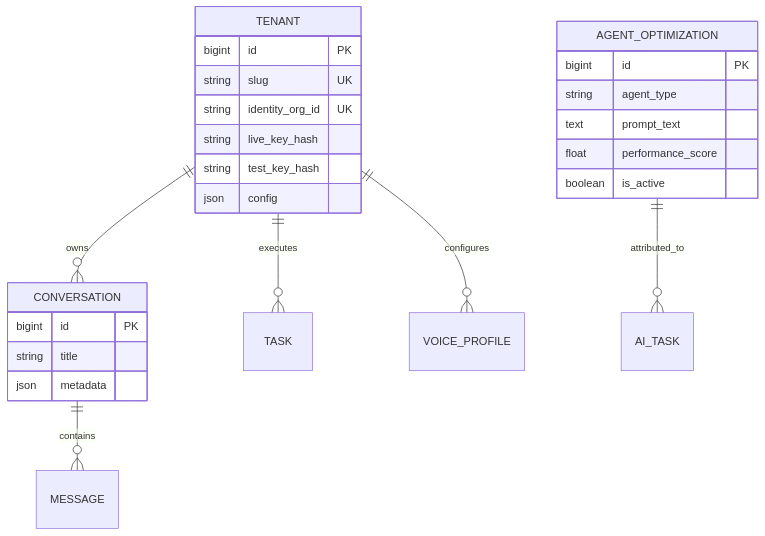
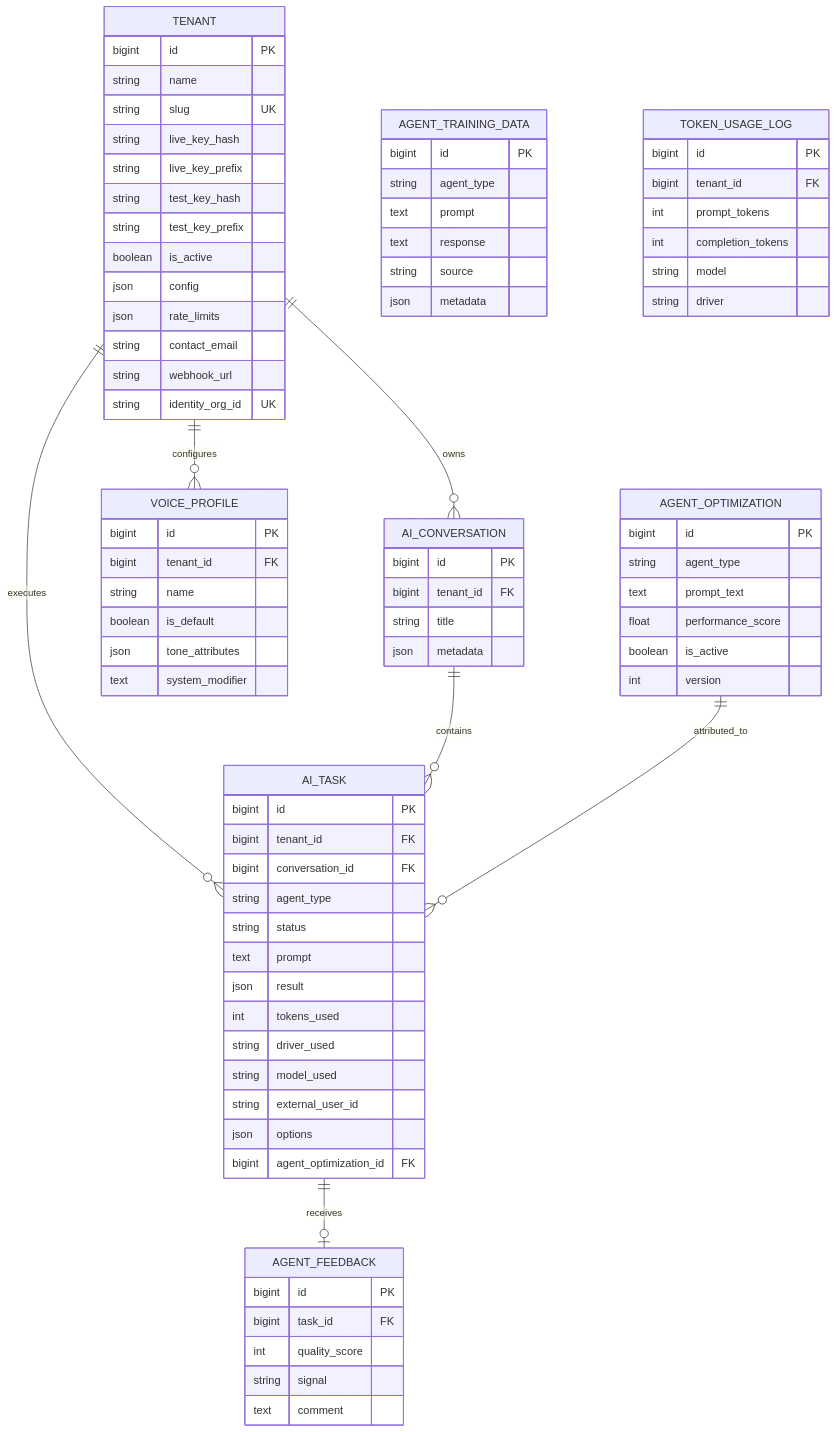
One commit to sutracodehq-ui/sutra-ai-engine changed the second of 6 diagrams in docs/developer_docs.md. Above: the diagram before and after it, drawn with Mermaid. The commit also changed other lines of this file and 13 other files, not shown here.

Commit message:
feat: Add Brand Auditor and Content Repurposer agents, refactor BaseAgent initialization, introduce Click Shield design documentation, and add a voice profile service.

````diff
--- a/docs/developer_docs.md
+++ b/docs/developer_docs.md
@@ -37,22 +111,59 @@
 ```mermaid
 erDiagram
-    TENANT ||--o{ CONVERSATION : owns
-    TENANT ||--o{ TASK : executes
+    TENANT ||--o{ AI_CONVERSATION : owns
+    TENANT ||--o{ AI_TASK : executes
     TENANT ||--o{ VOICE_PROFILE : configures
+    
     TENANT {
         bigint id PK
+        string name
         string slug UK
+        string live_key_hash
+        string live_key_prefix
+        string test_key_hash
+        string test_key_prefix
+        boolean is_active
+        json config
+        json rate_limits
+        string contact_email
+        string webhook_url
         string identity_org_id UK
-        string live_key_hash
-        string test_key_hash
-        json config
     }
-    CONVERSATION ||--o{ MESSAGE : contains
-    CONVERSATION {
+    
+    AI_CONVERSATION ||--o{ AI_TASK : contains
+    AI_CONVERSATION {
         bigint id PK
+        bigint tenant_id FK
         string title
         json metadata
     }
+    
+    AI_TASK ||--o| AGENT_FEEDBACK : receives
+    AI_TASK {
+        bigint id PK
+        bigint tenant_id FK
+        bigint conversation_id FK
+        string agent_type
+        string status
+        text prompt
+        json result
+        int tokens_used
+        string driver_used
+        string model_used
+        string external_user_id
+        json options
+        bigint agent_optimization_id FK
+    }
+    
+    VOICE_PROFILE {
+        bigint id PK
+        bigint tenant_id FK
+        string name
+        boolean is_default
+        json tone_attributes
+        text system_modifier
+    }
+    
     AGENT_OPTIMIZATION ||--o{ AI_TASK : attributed_to
     AGENT_OPTIMIZATION {
         bigint id PK
@@ -60,5 +171,32 @@
         text prompt_text
         float performance_score
         boolean is_active
+        int version
+    }
+    
+    AGENT_FEEDBACK {
+        bigint id PK
+        bigint task_id FK
+        int quality_score
+        string signal
+        text comment
+    }
+    
+    AGENT_TRAINING_DATA {
+        bigint id PK
+        string agent_type
+        text prompt
+        text response
+        string source
+        json metadata
+    }
+    
+    TOKEN_USAGE_LOG {
+        bigint id PK
+        bigint tenant_id FK
+        int prompt_tokens
+        int completion_tokens
+        string model
+        string driver
     }
 ```
````
